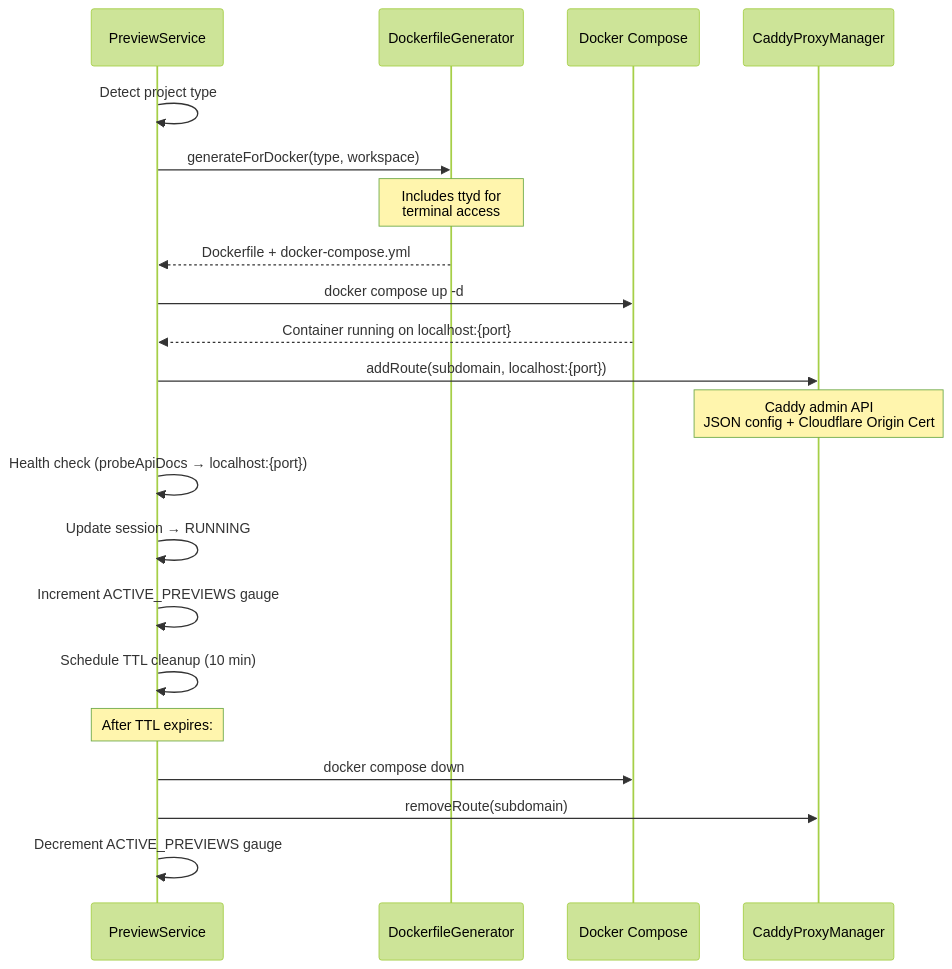
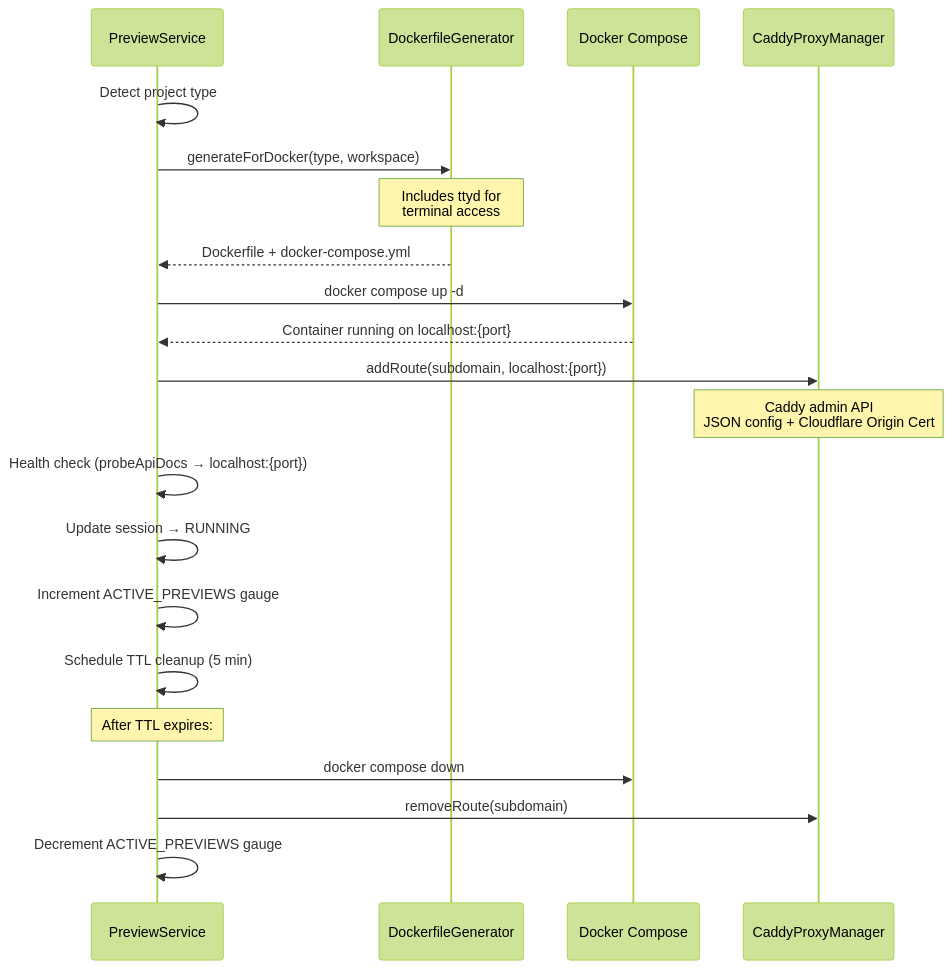
Before and after one commit to navneetprabhakar/executespec: the tenth of 11 diagrams in docs/ARCHITECTURE.md, drawn with Mermaid (forest theme). The commit also changed other lines of this file and 14 other files, not shown here.

First line of the commit message:
fix: preview iframe color overlap, unify TTL to 5 min across all config and docs

````diff
--- a/docs/ARCHITECTURE.md
+++ b/docs/ARCHITECTURE.md
@@ -530,28 +530,28 @@
 ```mermaid
 sequenceDiagram
     participant PS as PreviewService
     participant DDG as DockerfileGenerator
     participant DC as Docker Compose
     participant CADDY as CaddyProxyManager
 
     PS->>PS: Detect project type
     PS->>DDG: generateForDocker(type, workspace)
     Note over DDG: Includes ttyd for<br/>terminal access
     DDG-->>PS: Dockerfile + docker-compose.yml
 
     PS->>DC: docker compose up -d
     DC-->>PS: Container running on localhost:{port}
 
     PS->>CADDY: addRoute(subdomain, localhost:{port})
     Note over CADDY: Caddy admin API<br/>JSON config + Cloudflare Origin Cert
 
     PS->>PS: Health check (probeApiDocs → localhost:{port})
     PS->>PS: Update session → RUNNING
     PS->>PS: Increment ACTIVE_PREVIEWS gauge
-    PS->>PS: Schedule TTL cleanup (10 min)
+    PS->>PS: Schedule TTL cleanup (5 min)
 
     Note over PS: After TTL expires:
     PS->>DC: docker compose down
     PS->>CADDY: removeRoute(subdomain)
     PS->>PS: Decrement ACTIVE_PREVIEWS gauge
 ```
````
